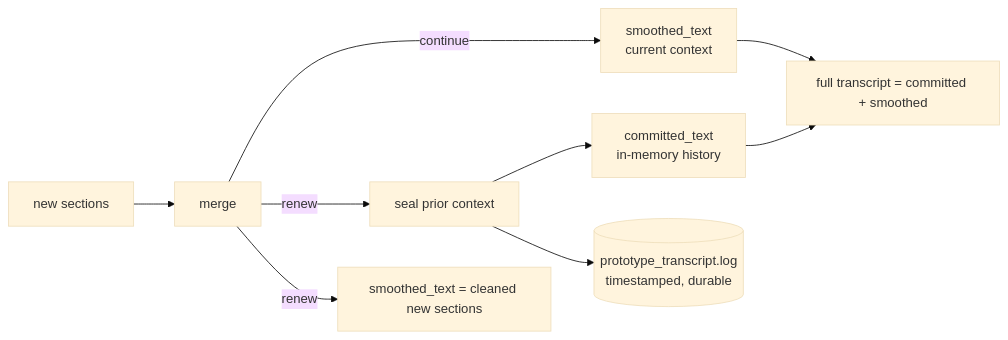
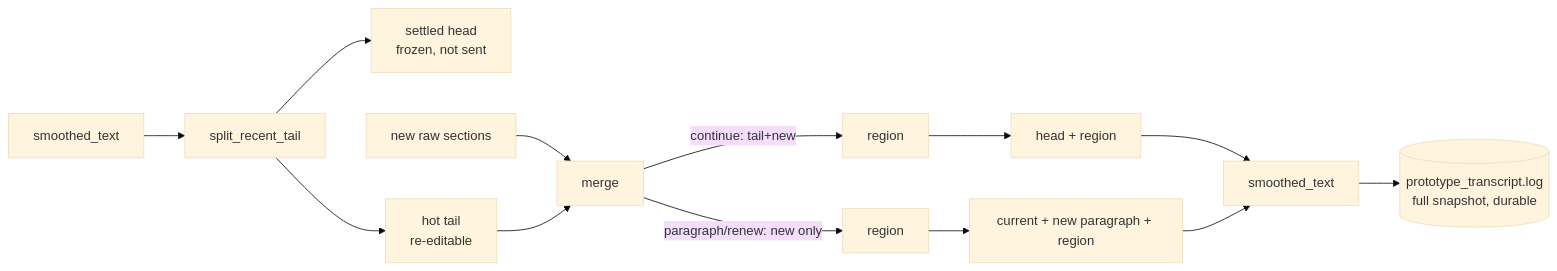
Before and after one commit to Qing-LAB/pySecretary: the diagram in docs/modules/voice_prototype.md, drawn with Mermaid (base theme). The commit also changed other lines of this file and 31 other files, not shown here.

First line of the commit message:
Editable hot-tail merge, coalescing queue, simplified UI, Playwright, review cleanup

````diff
--- a/docs/modules/voice_prototype.md
+++ b/docs/modules/voice_prototype.md
@@ -341,11 +372,15 @@
 ```mermaid
 flowchart LR
-    NEW[new sections] --> M[merge]
-    M -->|continue| W[smoothed_text<br/>current context]
-    M -->|renew| SEAL[seal prior context]
-    SEAL --> C[committed_text<br/>in-memory history]
-    SEAL --> LOG[(prototype_transcript.log<br/>timestamped, durable)]
-    M -->|renew| W2[smoothed_text = cleaned new sections]
-    C --> FULL[full transcript = committed + smoothed]
-    W --> FULL
+    CUR[smoothed_text] --> SP[split_recent_tail]
+    SP --> HEAD[settled head<br/>frozen, not sent]
+    SP --> HOT[hot tail<br/>re-editable]
+    NEW[new raw sections] --> M[merge]
+    HOT --> M
+    M -->|continue: tail+new| R1[region]
+    M -->|paragraph/renew: new only| R2[region]
+    R1 --> SPLICE[head + region]
+    R2 --> APPEND[current + new paragraph + region]
+    SPLICE --> FULL[smoothed_text]
+    APPEND --> FULL
+    FULL --> LOG[(prototype_transcript.log<br/>full snapshot, durable)]
 ```
````
